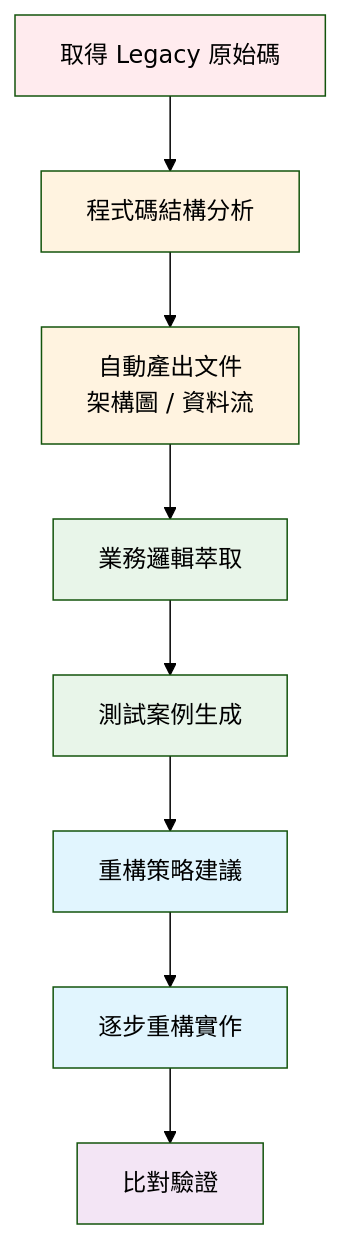
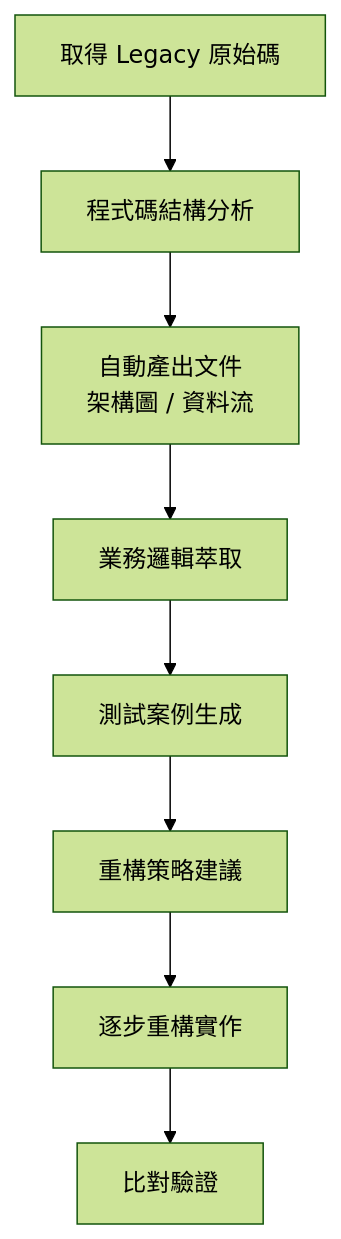
Diagram 12 of 27 in content/posts/教學/AI開發/free-claude-code 教學手冊.md (chihhung/Blog), drawn with Mermaid (forest theme) before and after one commit. The commit also changed other lines of this file and 1 other file, not shown here.

````diff
--- a/content/posts/教學/AI開發/free-claude-code 教學手冊.md
+++ b/content/posts/教學/AI開發/free-claude-code 教學手冊.md
@@ -1298,19 +2113,10 @@
 ```mermaid
 graph TD
     A[取得 Legacy 原始碼] --> B[程式碼結構分析]
     B --> C[自動產出文件<br/>架構圖 / 資料流]
     C --> D[業務邏輯萃取]
     D --> E[測試案例生成]
     E --> F[重構策略建議]
     F --> G[逐步重構實作]
     G --> H[比對驗證]
-
-    style A fill:#ffebee
-    style B fill:#fff3e0
-    style C fill:#fff3e0
-    style D fill:#e8f5e9
-    style E fill:#e8f5e9
-    style F fill:#e1f5fe
-    style G fill:#e1f5fe
-    style H fill:#f3e5f5
 ```
````
